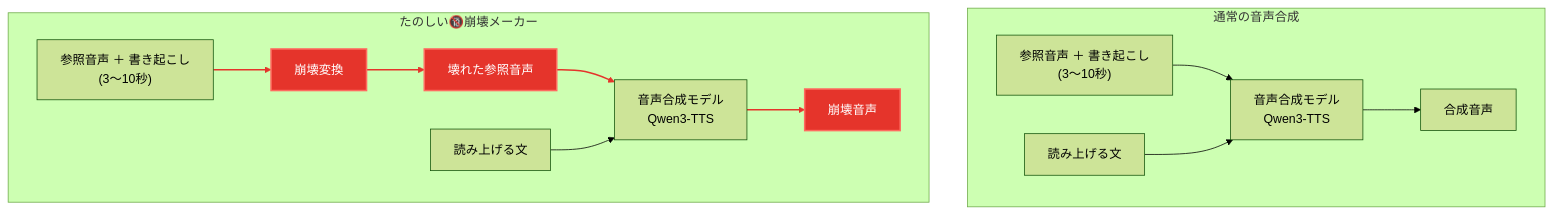
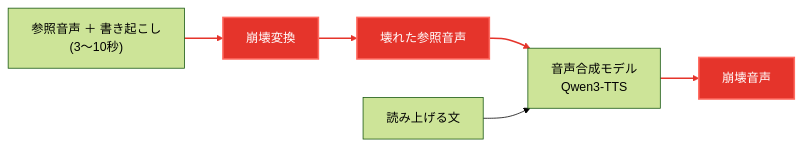
Before and after one commit to mossan-hoshi/happy-collapse-maker: the second of 2 diagrams in README.md, drawn with Mermaid (forest theme). The commit also changed other lines of this file, not shown here.

Commit message:
fix: フロー図を2つの独立したmermaidブロックに分けて上下に並べる

````diff
--- a/README.md
+++ b/README.md
@@ -29,26 +42,14 @@
 ```mermaid
-%% 最上位は TB。**LR にすると 2 つの subgraph が左右に並んで**上下比較にならない
-%% (各 subgraph の中だけを direction LR で左→右に流す)。
-flowchart TB
-  subgraph N["通常の音声合成"]
-    direction LR
-    N1["参照音声 ＋ 書き起こし<br/>(3〜10秒)"] --> NM["音声合成モデル<br/>Qwen3-TTS"]
-    N2["読み上げる文"] --> NM
-    NM --> NO["合成音声"]
-  end
+flowchart LR
+  C1["参照音声 ＋ 書き起こし<br/>(3〜10秒)"] --> CX["崩壊変換"]
+  CX --> CB["壊れた参照音声"]
+  CB --> CM["音声合成モデル<br/>Qwen3-TTS"]
+  C2["読み上げる文"] --> CM
+  CM --> CO["崩壊音声"]
 
-  subgraph C["たのしい🔞崩壊メーカー"]
-    direction LR
-    C1["参照音声 ＋ 書き起こし<br/>(3〜10秒)"] --> CX["崩壊変換"]
-    CX --> CB["壊れた参照音声"]
-    CB --> CM["音声合成モデル<br/>Qwen3-TTS"]
-    C2["読み上げる文"] --> CM
-    CM --> CO["崩壊音声"]
-  end
-
-  %% エッジ番号は宣言順の 0 起点。崩壊経路 (C1→CX→CB→CM, CM→CO) だけを赤にする。
-  %% 6 は「読み上げる文 → モデル」で、これは通常と同じ扱いなので赤にしない。
+  %% エッジ番号は宣言順の 0 起点。崩壊経路だけを赤にする。
+  %% 3 は「読み上げる文 → モデル」で、通常と同じ扱いなので赤にしない。
   classDef broken fill:#e5342b,stroke:#ff6b60,stroke-width:2px,color:#fff
   class CX,CB,CO broken
-  linkStyle 3,4,5,7 stroke:#e5342b,stroke-width:2px
+  linkStyle 0,1,2,4 stroke:#e5342b,stroke-width:2px
 ```
````
